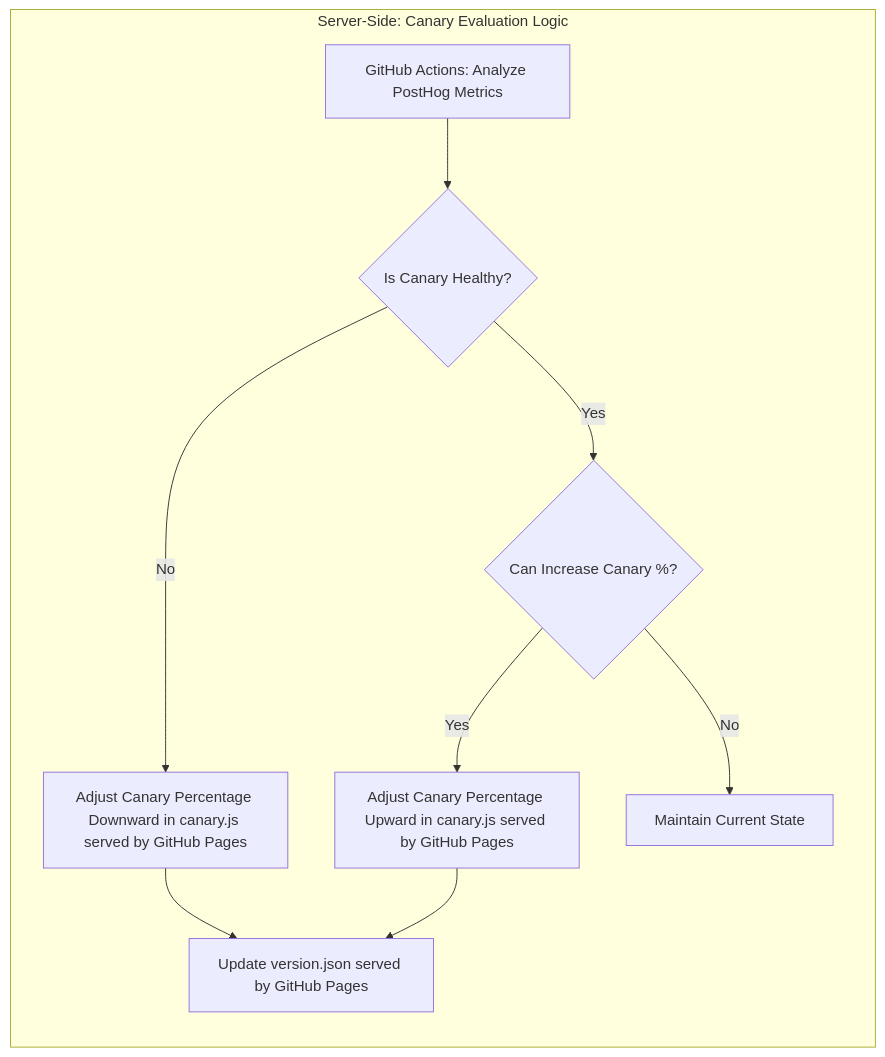
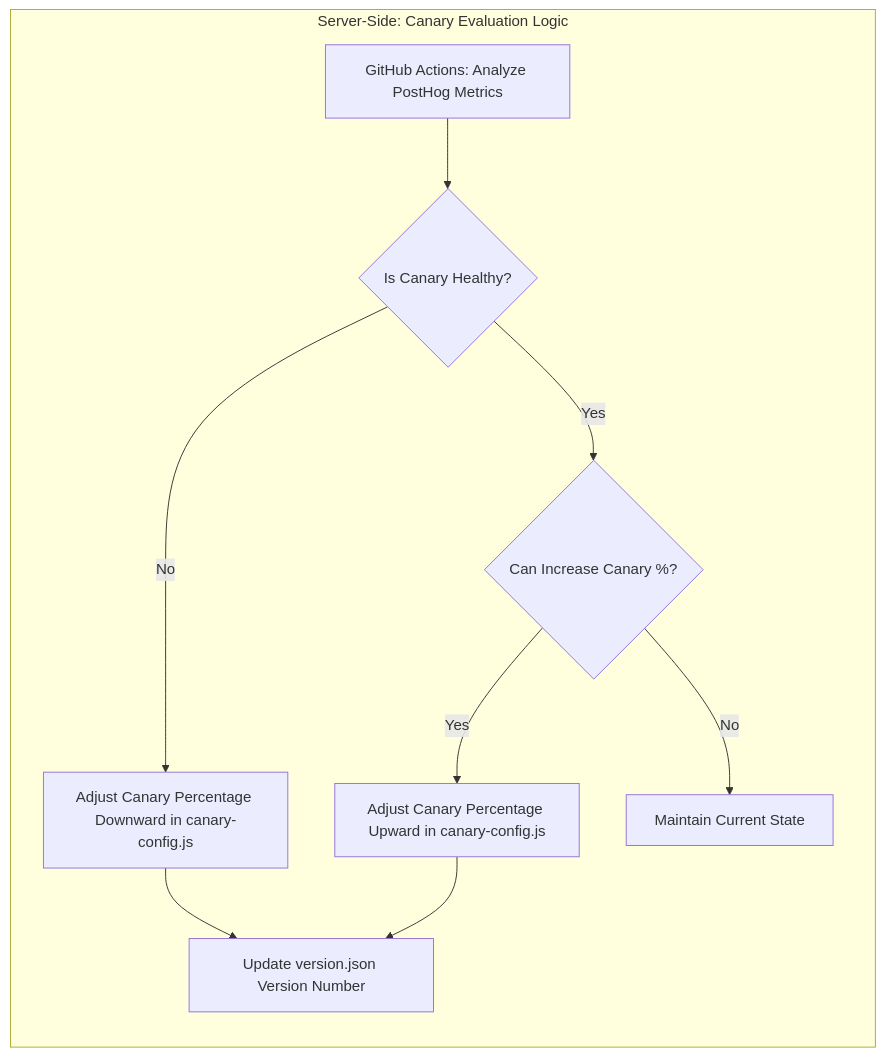
Before and after one commit to lloydchang/client-side-canary-deployment: the second of 4 diagrams in README.md, drawn with Mermaid. The commit also changed other lines of this file and 3 other files, not shown here.

````diff
--- a/README.md
+++ b/README.md
@@ -34,13 +35,13 @@
 ```mermaid
 graph LR
     subgraph Server-Side: Canary Evaluation Logic
         L[GitHub Actions: Analyze PostHog Metrics]
         L --> M{Is Canary Healthy?}
-        M -->|No| N[Adjust Canary Percentage Downward in canary.js served by GitHub Pages]
+        M -->|No| N[Adjust Canary Percentage Downward in canary-config.js]
         M -->|Yes| O{Can Increase Canary %?}
-        O -->|Yes| P[Adjust Canary Percentage Upward in canary.js served by GitHub Pages]
+        O -->|Yes| P[Adjust Canary Percentage Upward in canary-config.js]
         O -->|No| Q[Maintain Current State]
-        N --> R[Update version.json served by GitHub Pages]
+        N --> R[Update version.json Version Number]
         P --> R
     end
 ```
````
